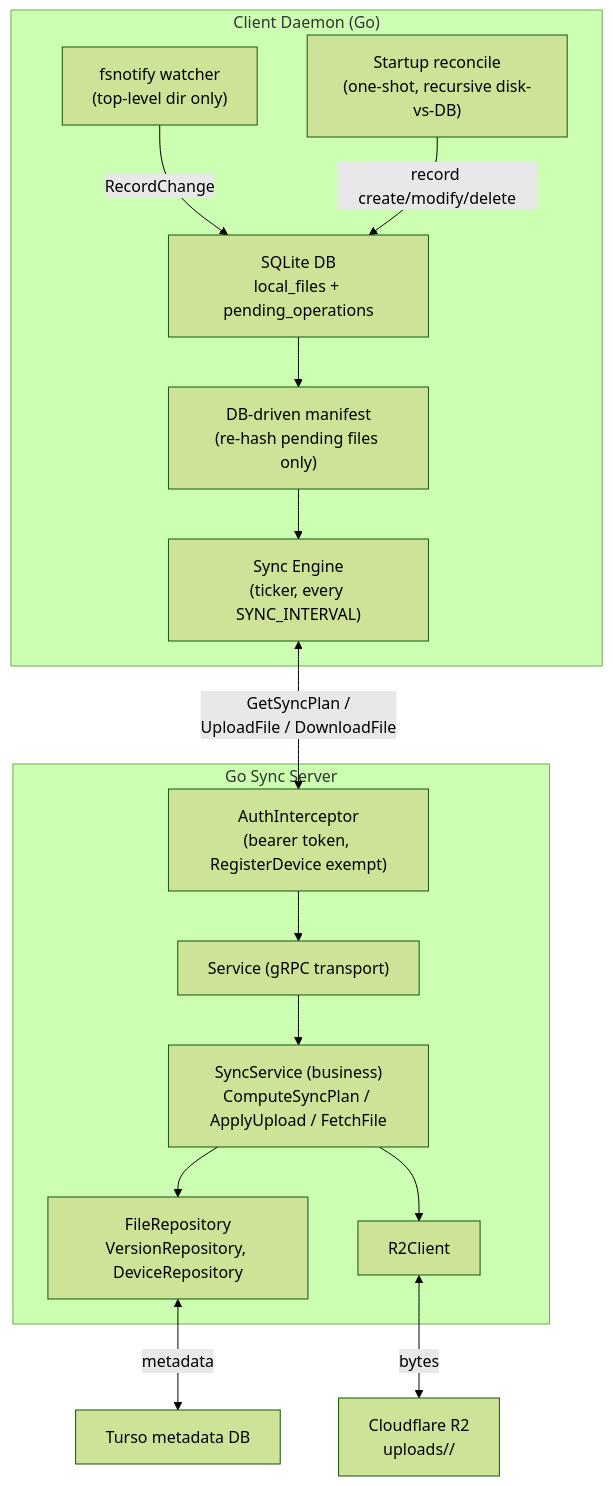
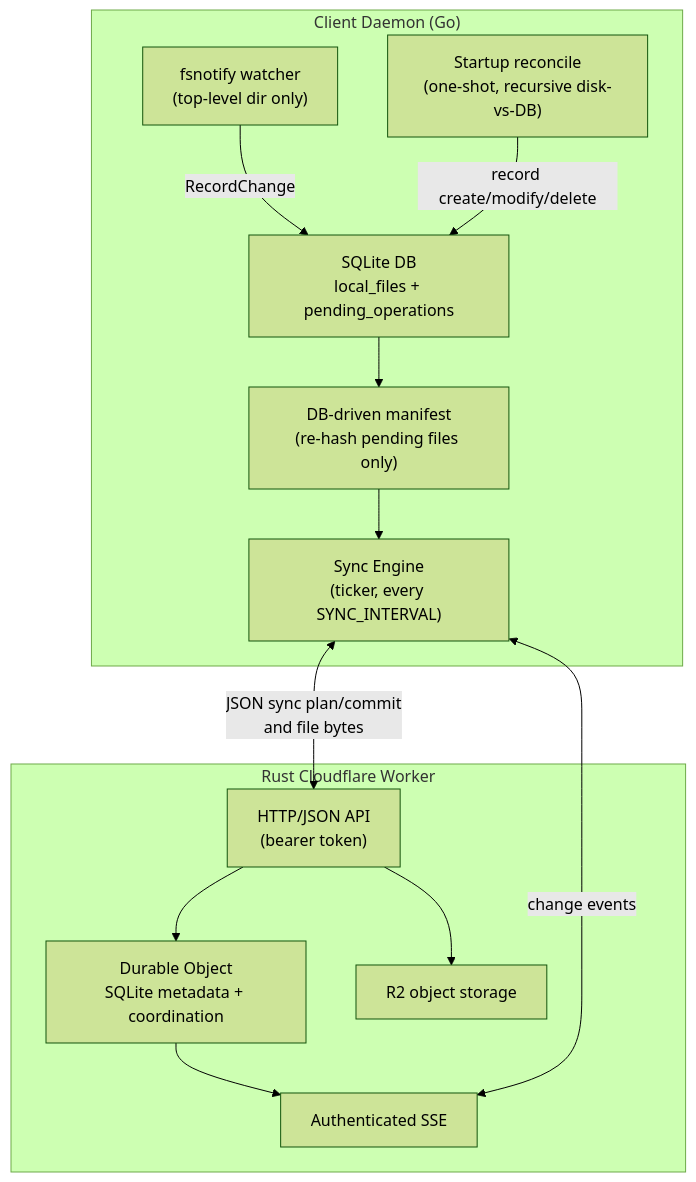
Before and after one commit to ShivangNagta/data_sync: the diagram in MAIN.md, drawn with Mermaid (forest theme). The commit also changed other lines of this file and 21 other files, not shown here.

````diff
--- a/MAIN.md
+++ b/MAIN.md
@@ -7,35 +7,29 @@
 ```mermaid
 flowchart TB
     subgraph Client["Client Daemon (Go)"]
         Watcher["fsnotify watcher<br/>(top-level dir only)"]
         Reconcile["Startup reconcile<br/>(one-shot, recursive disk-vs-DB)"]
         LocalDB["SQLite DB<br/>local_files + pending_operations"]
         Manifest["DB-driven manifest<br/>(re-hash pending files only)"]
         SyncEngine["Sync Engine<br/>(ticker, every SYNC_INTERVAL)"]
 
         Watcher -->|"RecordChange"| LocalDB
         Reconcile -->|"record create/modify/delete"| LocalDB
         LocalDB --> Manifest
         Manifest --> SyncEngine
     end
 
-    subgraph Server["Go Sync Server"]
-        Auth["AuthInterceptor<br/>(bearer token, RegisterDevice exempt)"]
-        Transport["Service (gRPC transport)"]
-        App["SyncService (business)<br/>ComputeSyncPlan / ApplyUpload / FetchFile"]
-        Repos["FileRepository<br/>VersionRepository, DeviceRepository"]
-        R2Client["R2Client"]
+    subgraph Worker["Rust Cloudflare Worker"]
+        API["HTTP/JSON API<br/>(bearer token)"]
+        DurableObject["Durable Object<br/>SQLite metadata + coordination"]
+        R2Client["R2 object storage"]
+        Events["Authenticated SSE"]
 
-        Auth --> Transport
-        Transport --> App
-        App --> Repos
-        App --> R2Client
+        API --> DurableObject
+        API --> R2Client
+        DurableObject --> Events
     end
 
-    Turso["Turso metadata DB"]
-    R2["Cloudflare R2<br/>uploads/<file_id>/<version_id>"]
-
-    SyncEngine <-->|"GetSyncPlan /<br/>UploadFile / DownloadFile"| Auth
-    Repos <-->|"metadata"| Turso
-    R2Client <-->|"bytes"| R2
+    SyncEngine <-->|"JSON sync plan/commit<br/>and file bytes"| API
+    SyncEngine <-->|"change events"| Events
 ```
````
